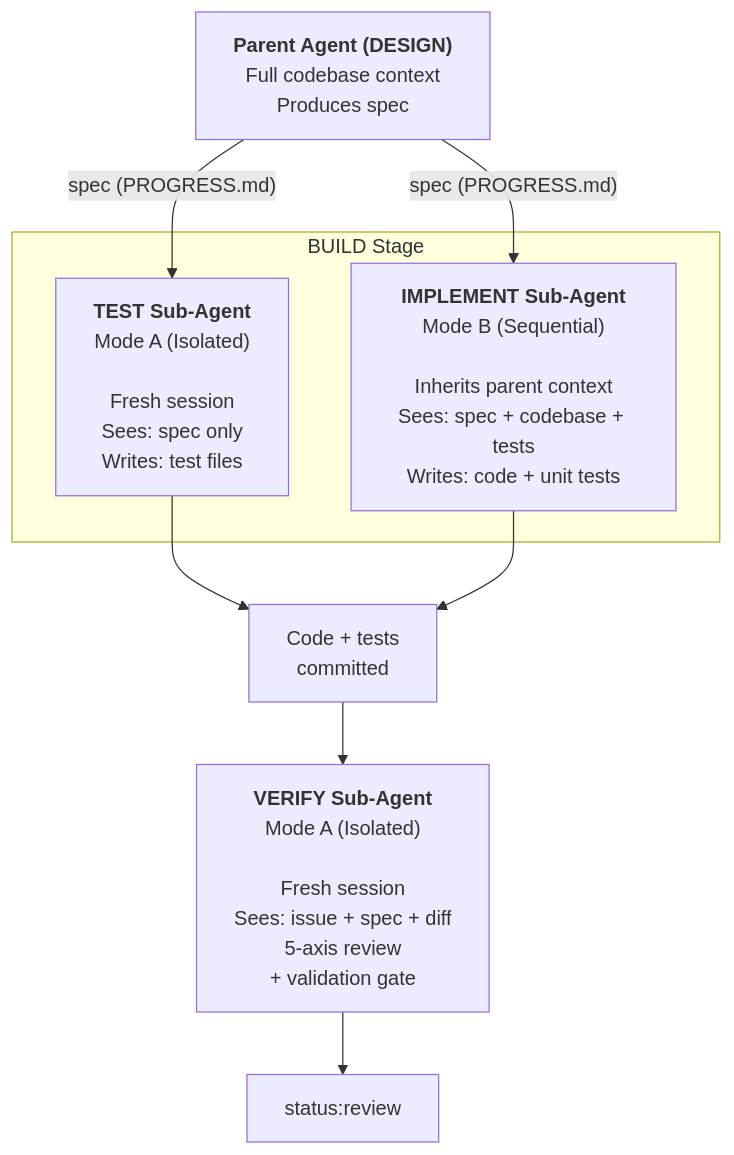
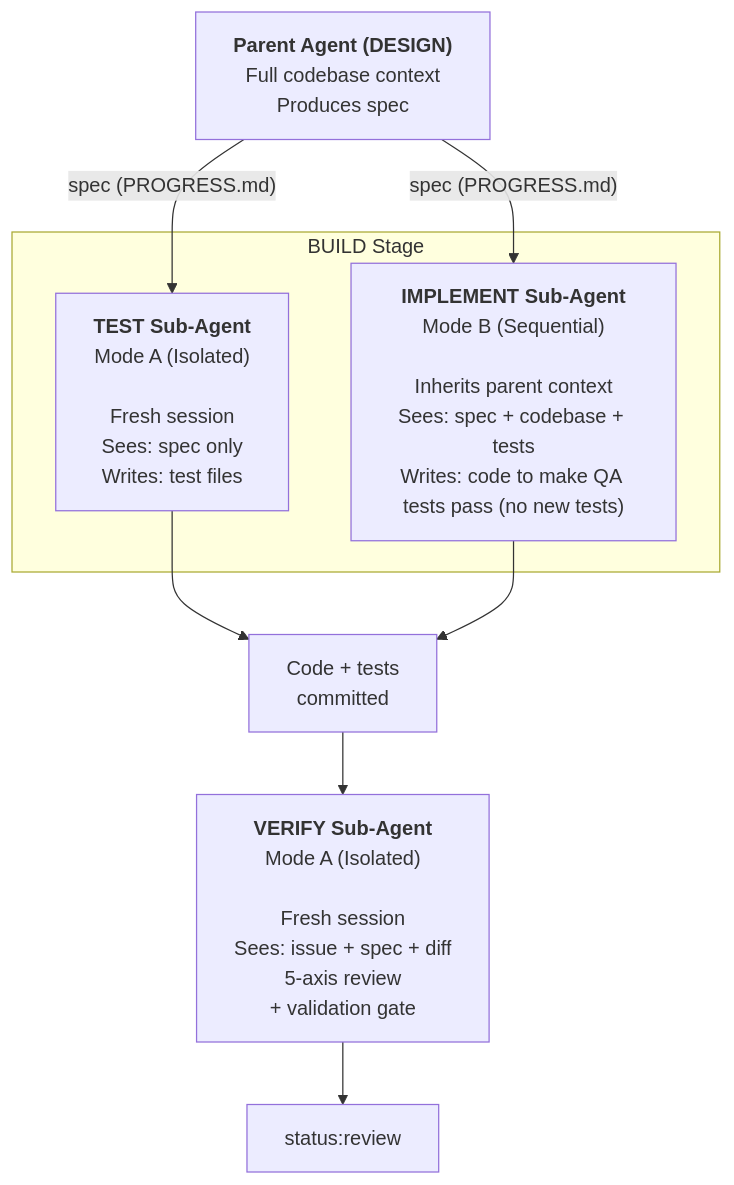
Before and after one commit to samdharma/ralph_loop: the fifth of 6 diagrams in docs/v3-redesign.md, drawn with Mermaid. The commit also changed other lines of this file and 7 other files, not shown here.

````diff
--- a/docs/v3-redesign.md
+++ b/docs/v3-redesign.md
@@ -556,21 +556,21 @@
 ```mermaid
 flowchart TD
     PARENT["<b>Parent Agent (DESIGN)</b><br/>Full codebase context<br/>Produces spec"]
 
     PARENT -->|"spec (PROGRESS.md)"| TEST
     PARENT -->|"spec (PROGRESS.md)"| IMPL
 
     subgraph BUILD_PHASE["BUILD Stage"]
         TEST["<b>TEST Sub-Agent</b><br/>Mode A (Isolated)<br/><br/>Fresh session<br/>Sees: spec only<br/>Writes: test files"]
-        IMPL["<b>IMPLEMENT Sub-Agent</b><br/>Mode B (Sequential)<br/><br/>Inherits parent context<br/>Sees: spec + codebase + tests<br/>Writes: code + unit tests"]
+        IMPL["<b>IMPLEMENT Sub-Agent</b><br/>Mode B (Sequential)<br/><br/>Inherits parent context<br/>Sees: spec + codebase + tests<br/>Writes: code to make QA tests pass (no new tests)"]
     end
 
     TEST --> MERGE["Code + tests<br/>committed"]
     IMPL --> MERGE
 
     MERGE --> VERIFY_SA
 
     VERIFY_SA["<b>VERIFY Sub-Agent</b><br/>Mode A (Isolated)<br/><br/>Fresh session<br/>Sees: issue + spec + diff<br/>5-axis review<br/>+ validation gate"]
 
     VERIFY_SA --> REVIEW["status:review"]
 ```
````
